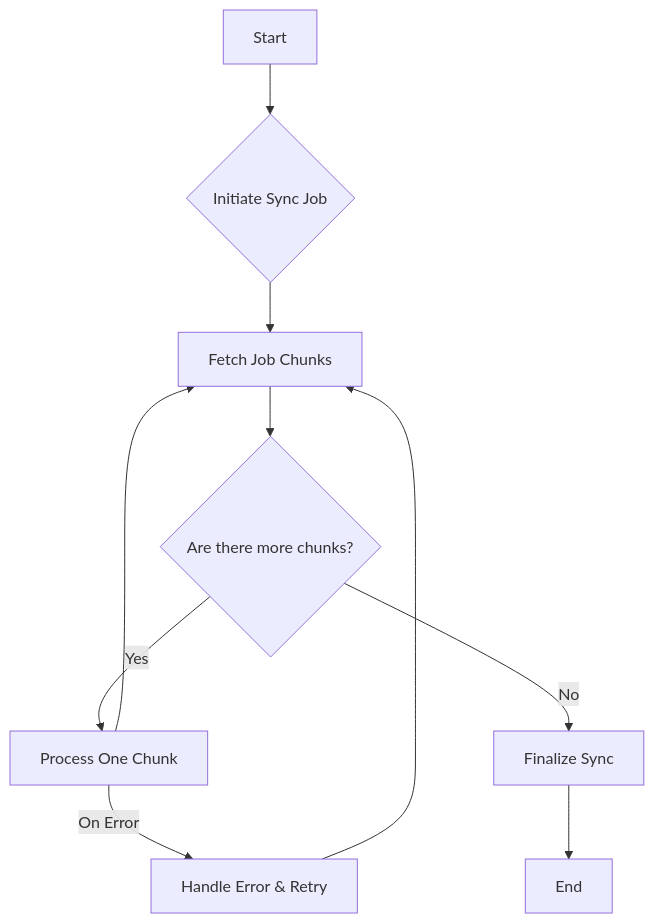
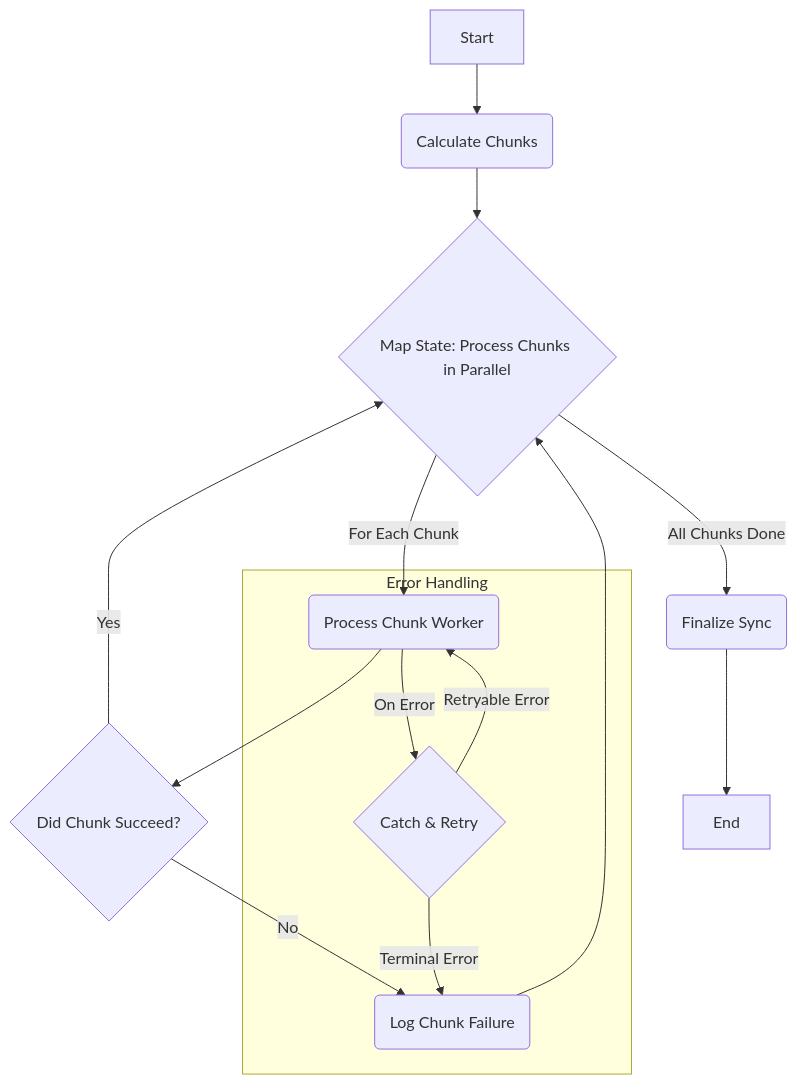
Before and after one commit to dino10bit/healthsync: the seventh of 8 diagrams in 06-technical-architecture.md, drawn with Mermaid. The commit also changed other lines of this file and 1 other file, not shown here.

First line of the commit message:
Revise 06-technical-architecture.md based on f-20.md review.

````diff
--- a/06-technical-architecture.md
+++ b/06-technical-architecture.md
@@ -638,12 +576,18 @@
 ```mermaid
 graph TD
-    A[Start] --> B{Initiate Sync Job};
-    B --> C[Fetch Job Chunks];
-    C --> D{Are there more chunks?};
-    D -- Yes --> E[Process One Chunk];
-    E --> C;
-    D -- No --> F[Finalize Sync];
-    F --> G[End];
-    E -- On Error --> H[Handle Error & Retry];
-    H --> C;
+    A[Start] --> B(Calculate Chunks);
+    B --> C{Map State: Process Chunks in Parallel};
+    C -- For Each Chunk --> D(Process Chunk Worker);
+    D --> E{Did Chunk Succeed?};
+    E -- Yes --> C;
+    E -- No --> F(Log Chunk Failure);
+    F --> C;
+    C -- All Chunks Done --> G(Finalize Sync);
+    G --> H[End];
+
+    subgraph Error Handling
+        D -- On Error --> I{Catch & Retry};
+        I -- Retryable Error --> D;
+        I -- Terminal Error --> F;
+    end
 ```
````
